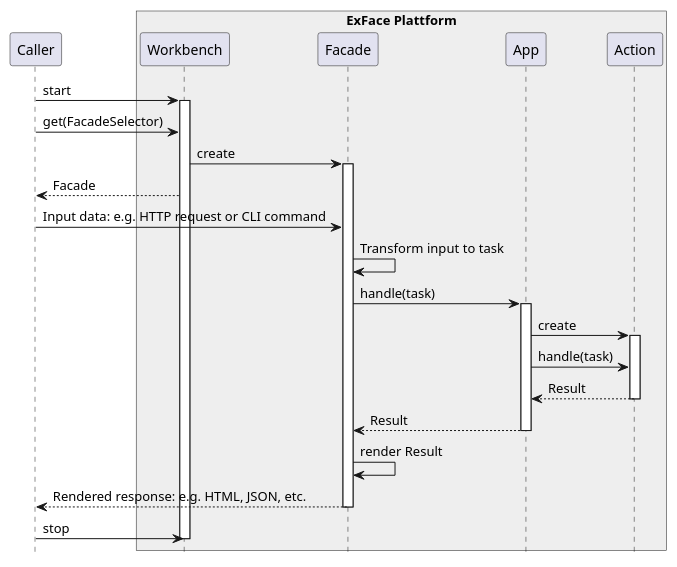
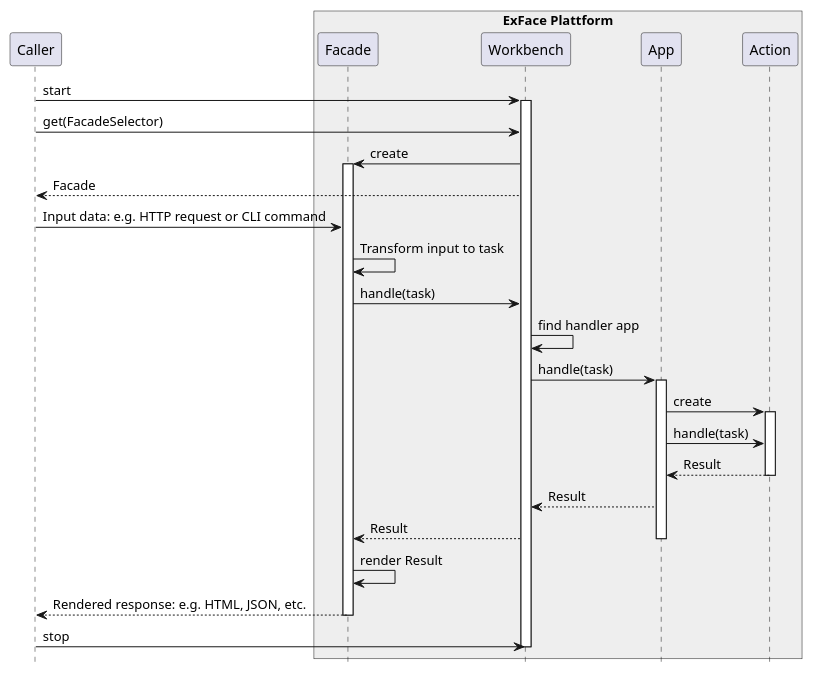
The diagram in Docs/developer_docs/diagrams/sequence_overview.puml (ExFace/Core), drawn with PlantUML before and after one commit. The commit also changed 5 other files, not shown here.

```diff
--- a/Docs/developer_docs/diagrams/sequence_overview.puml
+++ b/Docs/developer_docs/diagrams/sequence_overview.puml
@@ -1,40 +1,43 @@
 @startuml
 hide footbox
 
 participant Caller
 box "ExFace Plattform" #eeeeee
+participant Facade
 participant Workbench
-participant Facade
 participant App
 participant Action
 end box
 
 Caller -> Workbench: start
 activate Workbench
 Caller -> Workbench: get(FacadeSelector)
 Workbench -> Facade: create
 activate Facade
 Workbench --> Caller: Facade
 Caller -> Facade: Input data: e.g. HTTP request or CLI command
 Facade -> Facade: Transform input to task
 
-Facade -> App: handle(task)
+Facade -> Workbench: handle(task)
+Workbench -> Workbench: find handler app
+Workbench -> App: handle(task)
 activate App
 
 App -> Action: create
 activate Action
 App -> Action: handle(task)
 Action --> App: Result
 deactivate Action
 
-App --> Facade: Result
+App --> Workbench: Result
+Workbench --> Facade: Result
 deactivate App
 
 Facade -> Facade: render Result
 Facade --> Caller: Rendered response: e.g. HTML, JSON, etc.
 deactivate Facade
 
 Caller -> Workbench: stop
 deactivate Workbench
 
 @enduml
```
